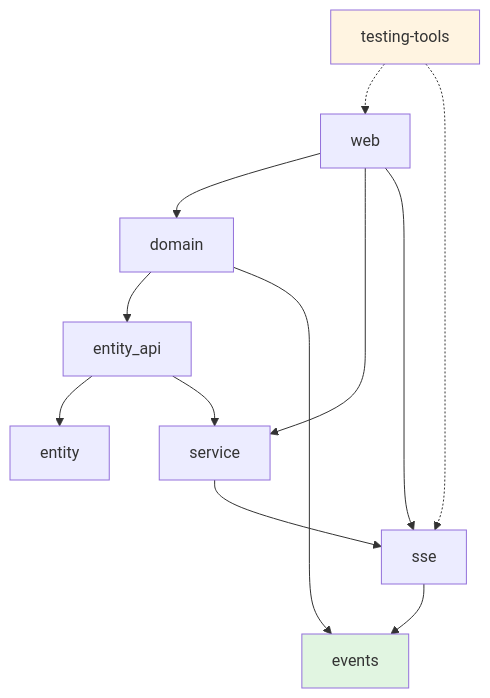
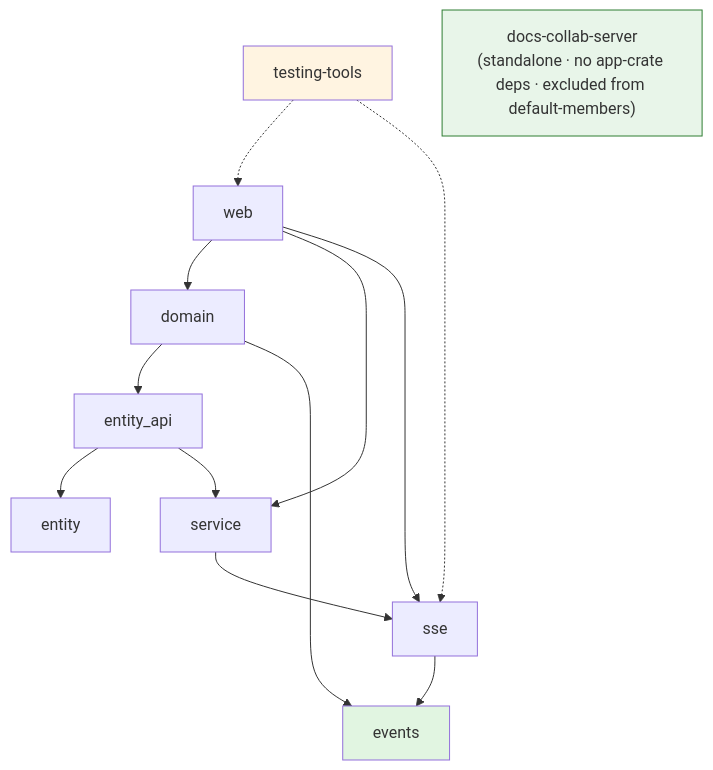
One commit to refactor-group/refactor-platform-rs changed the diagram in docs/architecture/crate_dependency_graph.md. Above: the diagram before and after it, drawn with Mermaid. The commit also changed other lines of this file and 3 other files, not shown here.

First line of the commit message:
docs(architecture): add collab-server component diagram; reflect docs-collab-server in system/crate/network diagrams

````diff
--- a/docs/architecture/crate_dependency_graph.md
+++ b/docs/architecture/crate_dependency_graph.md
@@ -6,17 +8,20 @@
 ```mermaid
 graph TD;
     web-->domain;
     web-->service;
     web-->sse;
     service-->sse;
     domain-->entity_api;
     domain-->events;
     entity_api-->entity;
     entity_api-->service;
     sse-->events;
     testing-tools-.->web;
     testing-tools-.->sse;
 
+    docs-collab-server["docs-collab-server<br/>(standalone · no app-crate deps · excluded from default-members)"]
+
     style events fill:#e1f5e1
     style testing-tools fill:#fff4e1
+    style docs-collab-server fill:#e8f5e9,stroke:#2e7d32
 ```
````
